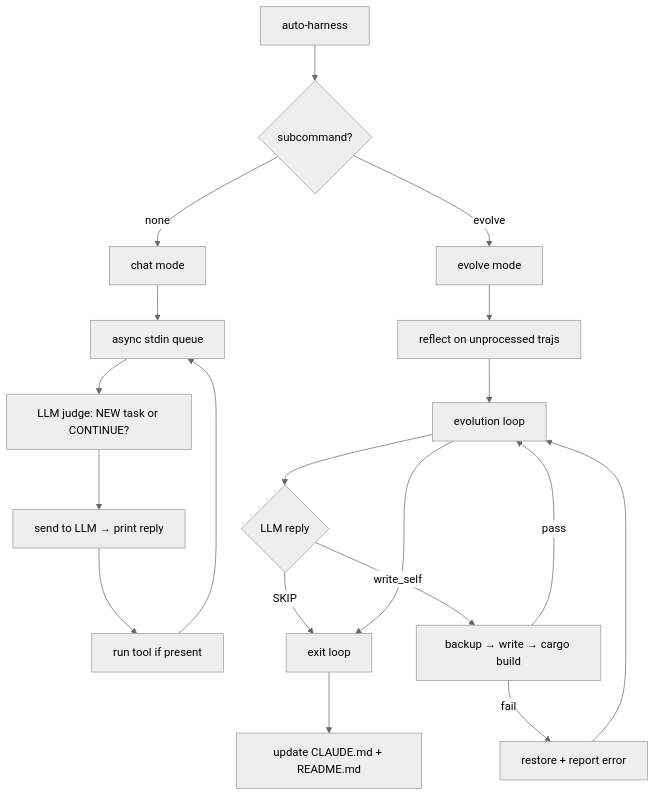
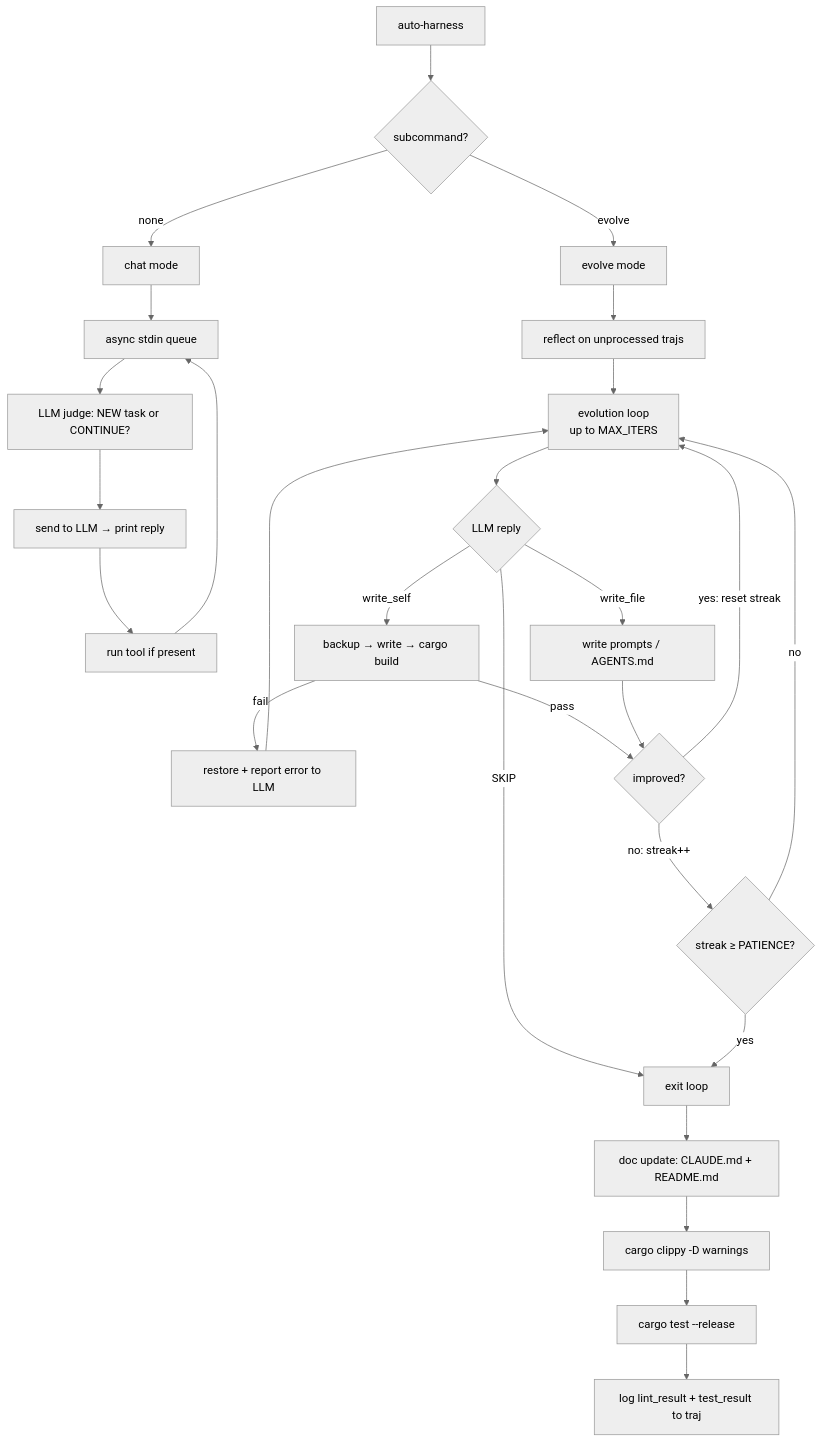
The diagram in README.md (Engineering4AI/AutoHarness), drawn with Mermaid (neutral theme) before and after one commit. The commit also changed other lines of this file, not shown here.

Commit message:
fix: clarify evolution loop process and enhance documentation in README.md

````diff
--- a/README.md
+++ b/README.md
@@ -11,23 +11,31 @@
 ```mermaid
 flowchart TD
     A[auto-harness] --> B{subcommand?}
     B -->|none| C[chat mode]
     B -->|evolve| D[evolve mode]
 
     C --> C1[async stdin queue]
     C1 --> C2[LLM judge: NEW task or CONTINUE?]
     C2 --> C3[send to LLM → print reply]
     C3 --> C4[run tool if present]
     C4 --> C1
 
     D --> D1[reflect on unprocessed trajs]
-    D1 --> D2[evolution loop]
+    D1 --> D2[evolution loop\nup to MAX_ITERS]
     D2 --> D3{LLM reply}
     D3 -->|SKIP| D5[exit loop]
     D3 -->|write_self| D4[backup → write → cargo build]
-    D4 -->|fail| D6[restore + report error]
+    D4 -->|fail| D6[restore + report error to LLM]
     D6 --> D2
-    D4 -->|pass| D2
-    D2 --> D5
-    D5 --> D7[update CLAUDE.md + README.md]
+    D4 -->|pass| D8{improved?}
+    D3 -->|write_file| D9[write prompts / AGENTS.md]
+    D9 --> D8
+    D8 -->|yes: reset streak| D2
+    D8 -->|no: streak++| D10{streak ≥ PATIENCE?}
+    D10 -->|no| D2
+    D10 -->|yes| D5
+    D5 --> D7[doc update: CLAUDE.md + README.md]
+    D7 --> D11[cargo clippy -D warnings]
+    D11 --> D12[cargo test --release]
+    D12 --> D13[log lint_result + test_result to traj]
 ```
````
